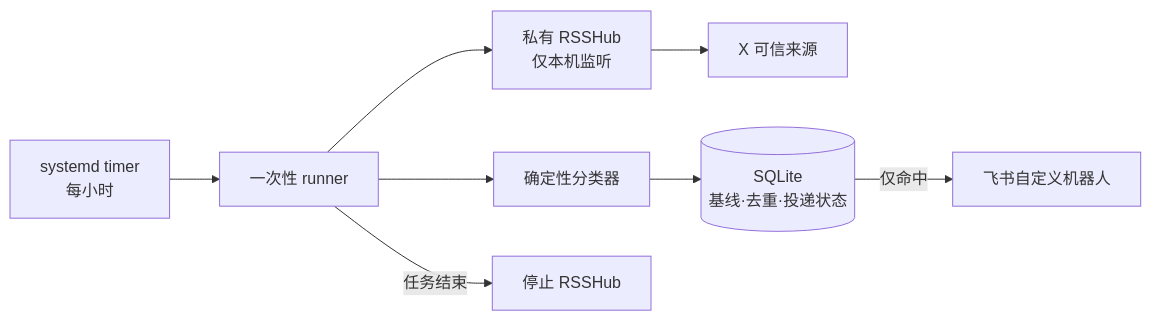
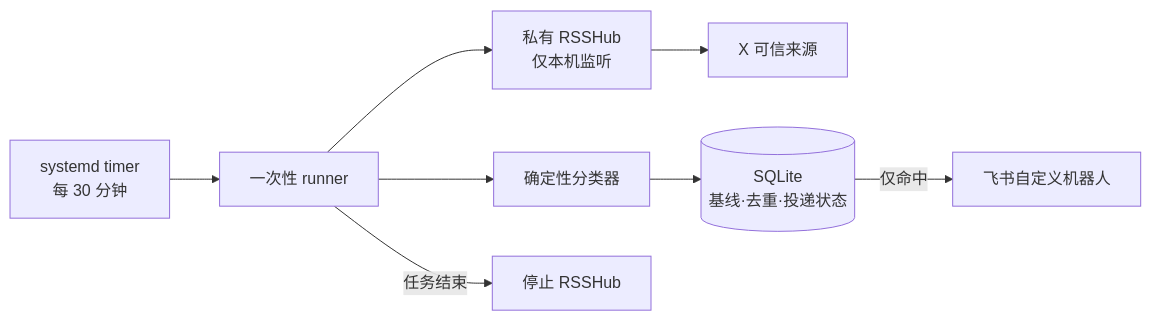
The diagram in README.md (Wang-JDong/codex-quota-monitor), drawn with Mermaid before and after one commit. The commit also changed other lines of this file and 5 other files, not shown here.

````diff
--- a/README.md
+++ b/README.md
@@ -41,10 +41,10 @@
 ```mermaid
 flowchart LR
-    T["systemd timer<br/>每小时"] --> R["一次性 runner"]
+    T["systemd timer<br/>每 30 分钟"] --> R["一次性 runner"]
     R --> H["私有 RSSHub<br/>仅本机监听"]
     H --> X["X 可信来源"]
     R --> C["确定性分类器"]
     C --> S[("SQLite<br/>基线·去重·投递状态")]
     S -->|"仅命中"| F["飞书自定义机器人"]
     R -->|"任务结束"| K["停止 RSSHub"]
 ```
````
